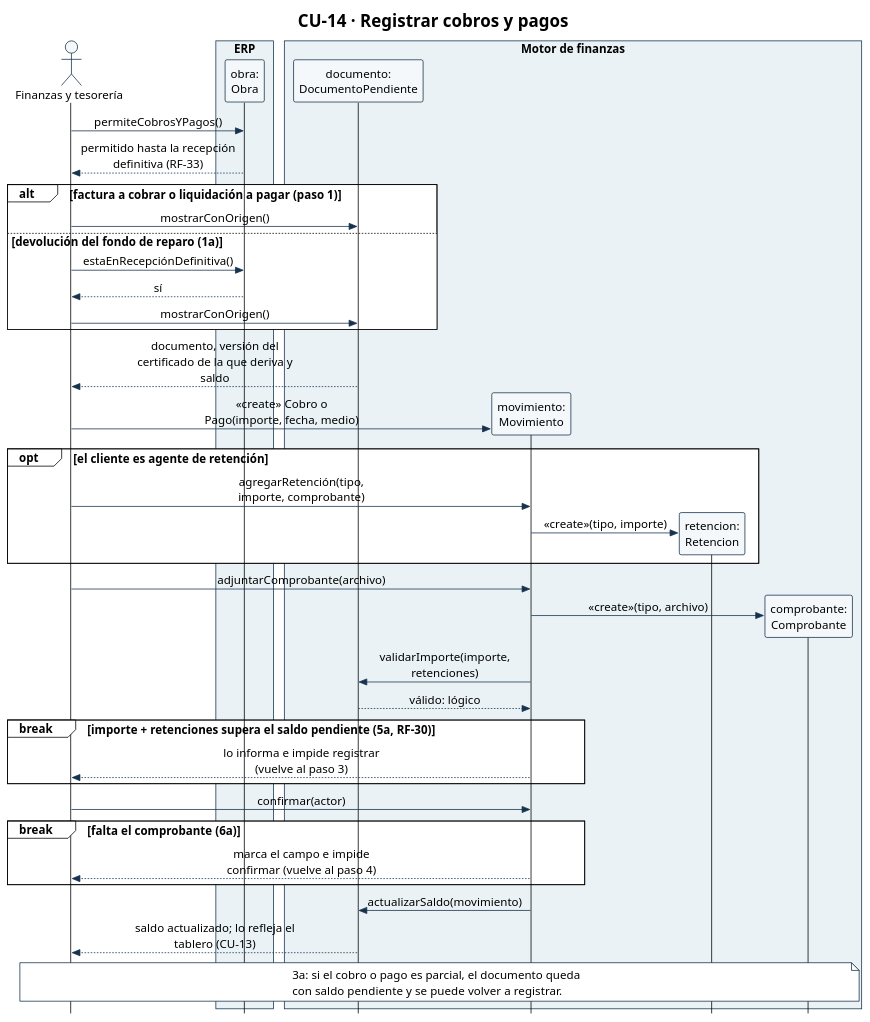
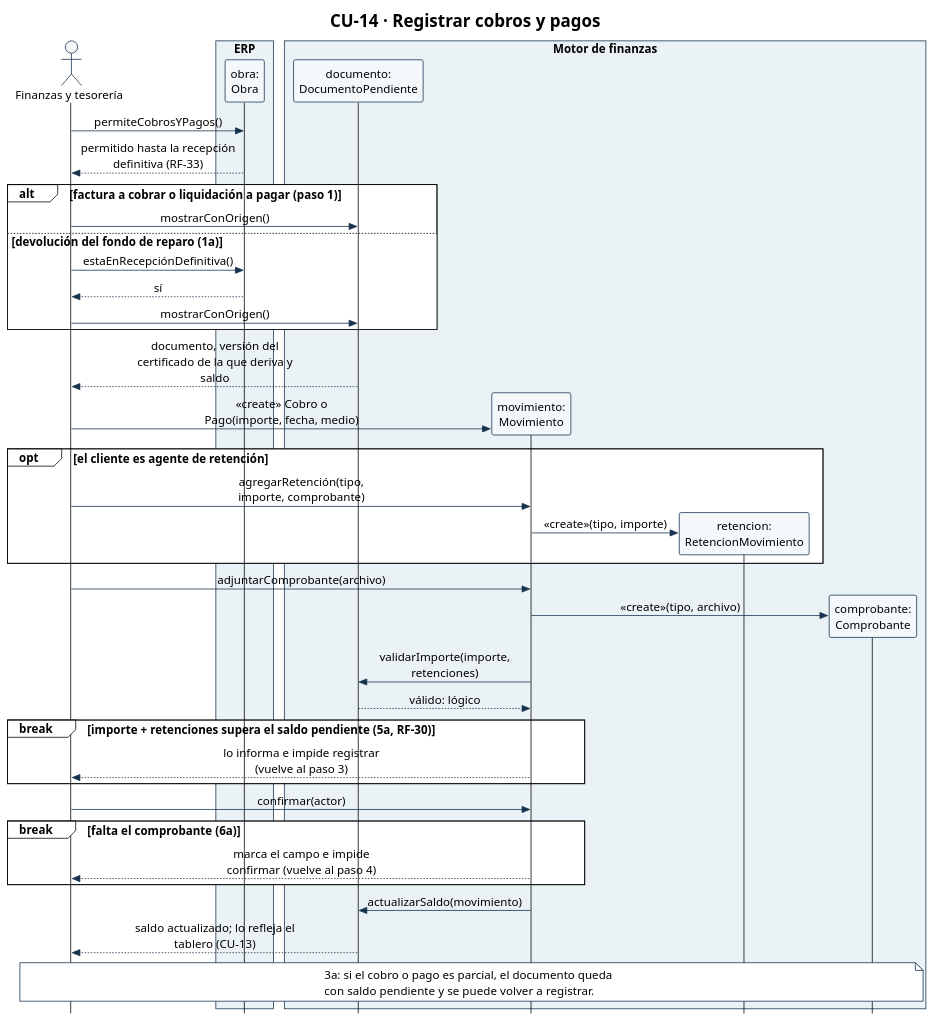
Before and after one commit to Ssrrb/tpf-uca: the diagram in diagramas/CU-14-secuencia.puml, drawn with PlantUML. The commit also changed 13 other files, not shown here.

```diff
--- a/diagramas/CU-14-secuencia.puml
+++ b/diagramas/CU-14-secuencia.puml
@@ -1,70 +1,70 @@
 @startuml
 !theme plain
 skinparam style strictuml
 skinparam shadowing false
 skinparam defaultFontName Arial
 skinparam defaultFontSize 15
 skinparam sequenceMessageAlign center
 skinparam maxMessageSize 220
 skinparam ParticipantPadding 8
 skinparam BoxPadding 6
 skinparam ParticipantBackgroundColor #F5F8FA
 skinparam ParticipantBorderColor #17324D
 skinparam ActorBorderColor #17324D
 skinparam ActorBackgroundColor #F5F8FA
 skinparam ArrowColor #17324D
 skinparam SequenceBoxBorderColor #17324D
 skinparam note {
   BackgroundColor #FFFFFF
   BorderColor #17324D
 }
 hide footbox
 title CU-14 · Registrar cobros y pagos
 actor "Finanzas y tesorería" as Fin
 box "ERP" #EAF2F6
 participant "obra:\nObra" as Obra
 end box
 box "Motor de finanzas" #EAF2F6
 participant "documento:\nDocumentoPendiente" as Doc
 participant "movimiento:\nMovimiento" as Mov
-participant "retencion:\nRetencion" as Ret
+participant "retencion:\nRetencionMovimiento" as Ret
 participant "comprobante:\nComprobante" as Comp
 end box
 
 Fin -> Obra: permiteCobrosYPagos()
 Obra --> Fin: permitido hasta la recepción definitiva (RF-33)
 alt factura a cobrar o liquidación a pagar (paso 1)
   Fin -> Doc: mostrarConOrigen()
 else devolución del fondo de reparo (1a)
   Fin -> Obra: estaEnRecepciónDefinitiva()
   Obra --> Fin: sí
   Fin -> Doc: mostrarConOrigen()
 end
 Doc --> Fin: documento, versión del certificado de la que deriva y saldo
 
 create Mov
 Fin -> Mov: «create» Cobro o Pago(importe, fecha, medio)
 opt el cliente es agente de retención
   Fin -> Mov: agregarRetención(tipo, importe, comprobante)
   create Ret
   Mov -> Ret: «create»(tipo, importe)
 end
 Fin -> Mov: adjuntarComprobante(archivo)
 create Comp
 Mov -> Comp: «create»(tipo, archivo)
 Mov -> Doc: validarImporte(importe, retenciones)
 Doc --> Mov: válido: lógico
 break importe + retenciones supera el saldo pendiente (5a, RF-30)
   Mov --> Fin: lo informa e impide registrar (vuelve al paso 3)
 end
 Fin -> Mov: confirmar(actor)
 break falta el comprobante (6a)
   Mov --> Fin: marca el campo e impide confirmar (vuelve al paso 4)
 end
 Mov -> Doc: actualizarSaldo(movimiento)
 Doc --> Fin: saldo actualizado; lo refleja el tablero (CU-13)
 note over Fin, Comp
   3a: si el cobro o pago es parcial, el documento queda
   con saldo pendiente y se puede volver a registrar.
 end note
 @enduml
```
